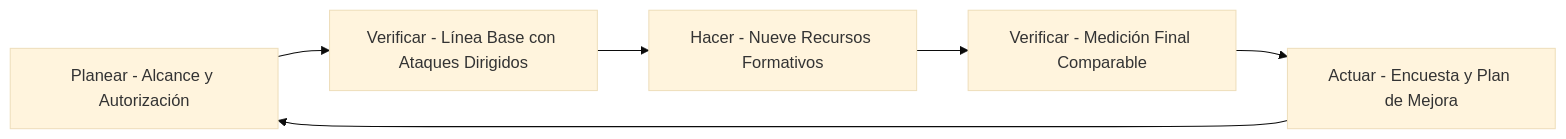
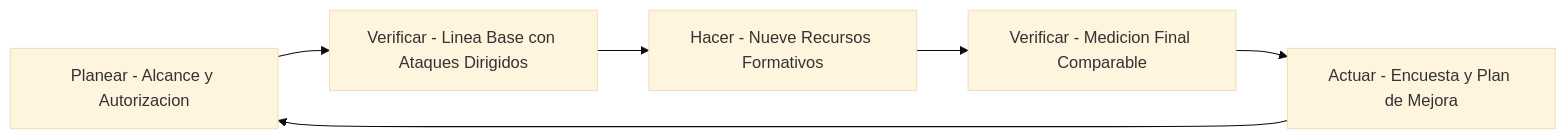
Before and after one commit to AlejoTechEngineer/usuario-controles-internos-auditoria: the second of 2 diagrams in README.md, drawn with Mermaid (base theme). The commit also changed other lines of this file, not shown here.

Commit message:
Mejora el diseño del README con badges, tabla de contenidos y diagramas

````diff
--- a/README.md
+++ b/README.md
@@ -35,8 +98,8 @@
 ```mermaid
 flowchart LR
-    P[Planear - Alcance y Autorización] --> V1[Verificar - Línea Base con Ataques Dirigidos]
+    P[Planear - Alcance y Autorizacion] --> V1[Verificar - Linea Base con Ataques Dirigidos]
     V1 --> H[Hacer - Nueve Recursos Formativos]
-    H --> V2[Verificar - Medición Final Comparable]
+    H --> V2[Verificar - Medicion Final Comparable]
     V2 --> A[Actuar - Encuesta y Plan de Mejora]
     A --> P
 ```
````
